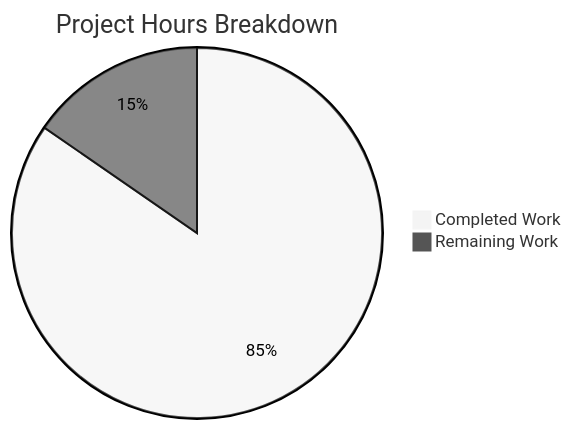
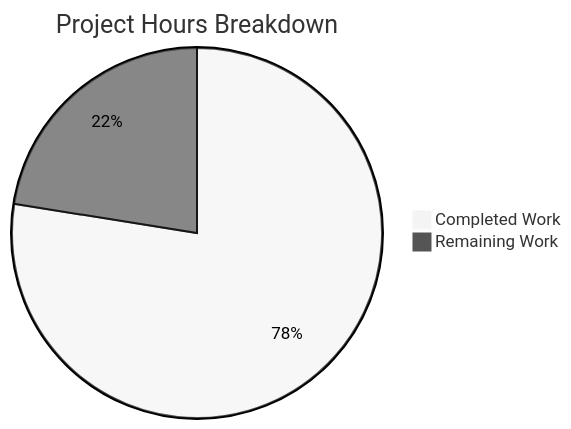
One commit to Blitzy-Sandbox/blitzy-cal changed the second of 4 diagrams in blitzy/documentation/Project Guide.md. Above: the diagram before and after it, drawn with Mermaid (neutral theme). The commit also changed other lines of this file, not shown here.

Commit message:
Adding Blitzy Project Guide: Project Status and Human Tasks Remaining

````diff
--- a/blitzy/documentation/Project Guide.md
+++ b/blitzy/documentation/Project Guide.md
@@ -109,5 +231,5 @@
 ```mermaid
 pie title Project Hours Breakdown
-    "Completed Work" : 55
-    "Remaining Work" : 10
+    "Completed Work" : 100
+    "Remaining Work" : 29
 ```
````
